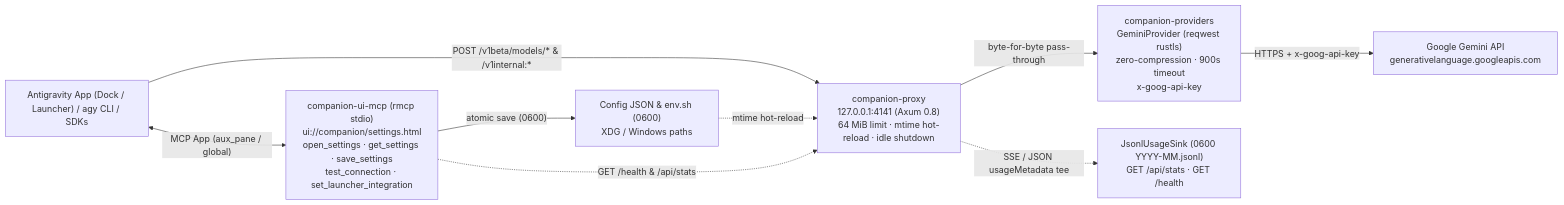
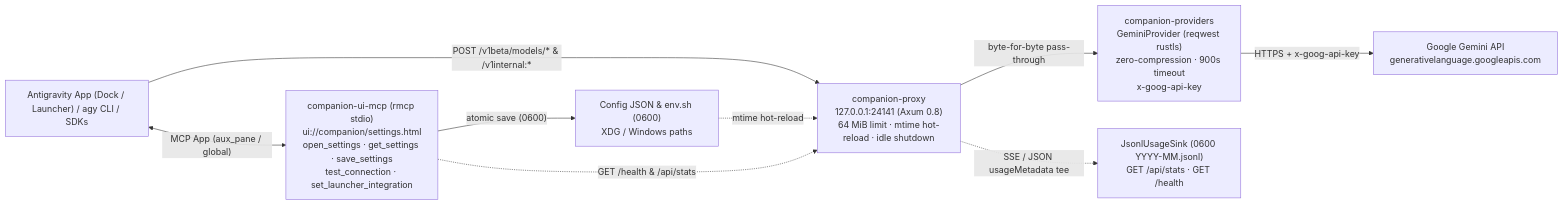
Before and after one commit to Jacksunwei/agy-companion: the diagram in README.md, drawn with Mermaid. The commit also changed other lines of this file and 15 other files, not shown here.

````diff
--- a/README.md
+++ b/README.md
@@ -10,19 +10,19 @@
 ```mermaid
 flowchart LR
     Client["Antigravity App (Dock / Launcher) / agy CLI / SDKs"]
-    Proxy["companion-proxy<br/>127.0.0.1:4141 (Axum 0.8)<br/>64 MiB limit · mtime hot-reload · idle shutdown"]
+    Proxy["companion-proxy<br/>127.0.0.1:24141 (Axum 0.8)<br/>64 MiB limit · mtime hot-reload · idle shutdown"]
     Provider["companion-providers<br/>GeminiProvider (reqwest rustls)<br/>zero-compression · 900s timeout<br/>x-goog-api-key"]
     Gemini["Google Gemini API<br/>generativelanguage.googleapis.com"]
     Usage["JsonlUsageSink (0600 YYYY-MM.jsonl)<br/>GET /api/stats · GET /health"]
     Mcp["companion-ui-mcp (rmcp stdio)<br/>ui://companion/settings.html<br/>open_settings · get_settings · save_settings<br/>test_connection · set_launcher_integration"]
     Config["Config JSON & env.sh (0600)<br/>XDG / Windows paths"]
 
     Client -->|"POST /v1beta/models/* & /v1internal:*"| Proxy
     Proxy -->|"byte-for-byte pass-through"| Provider
     Provider -->|"HTTPS + x-goog-api-key"| Gemini
     Proxy -.->|"SSE / JSON usageMetadata tee"| Usage
     Client <-->|"MCP App (aux_pane / global)"| Mcp
     Mcp -->|"atomic save (0600)"| Config
     Config -.->|"mtime hot-reload"| Proxy
     Mcp -.->|"GET /health & /api/stats"| Proxy
 ```
````
